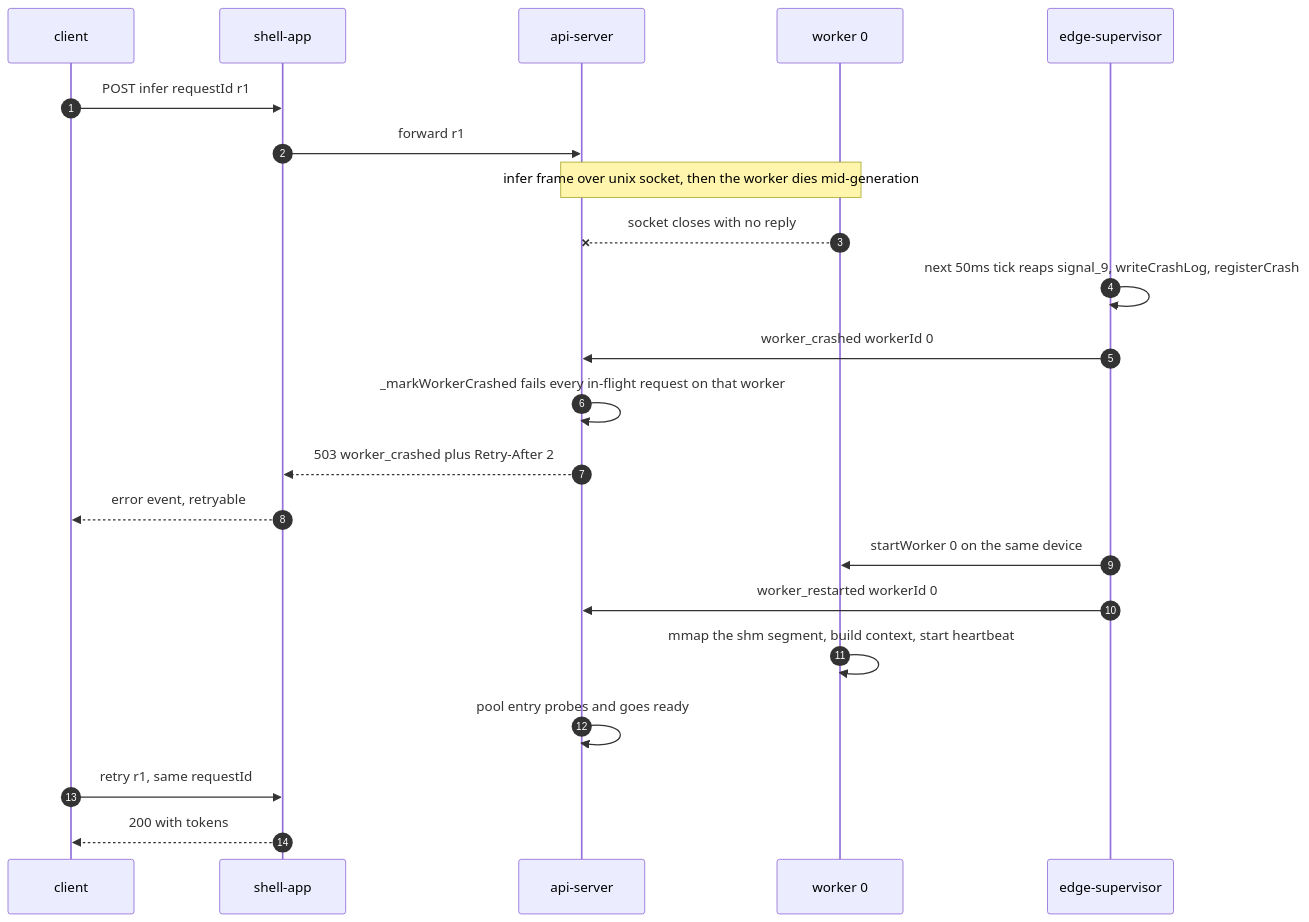
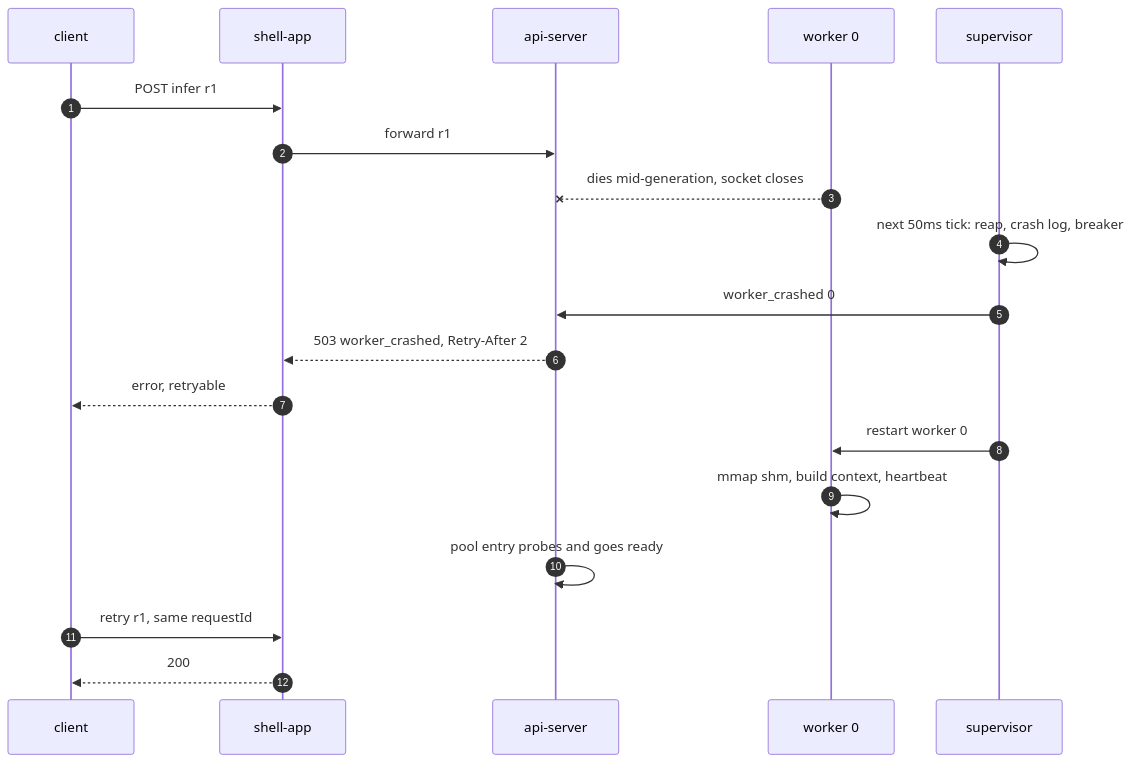
Before and after one commit to prawesh-12/serveInfer: the ninth of 9 diagrams in README.md, drawn with Mermaid. The commit also changed other lines of this file and 11 other files, not shown here.

Commit message:
docs: add architecture and sequence diagrams to the README

````diff
--- a/README.md
+++ b/README.md
@@ -415,24 +471,21 @@
 ```mermaid
 sequenceDiagram
   autonumber
   participant C as client
   participant SH as shell-app
   participant API as api-server
   participant W as worker 0
-  participant S as edge-supervisor
-  C->>SH: POST infer requestId r1
+  participant S as supervisor
+  C->>SH: POST infer r1
   SH->>API: forward r1
-  Note over API,W: infer frame over unix socket, then the worker dies mid-generation
-  W--xAPI: socket closes with no reply
-  S->>S: next 50ms tick reaps signal_9, writeCrashLog, registerCrash
-  S->>API: worker_crashed workerId 0
-  API->>API: _markWorkerCrashed fails every in-flight request on that worker
-  API-->>SH: 503 worker_crashed plus Retry-After 2
-  SH-->>C: error event, retryable
-  S->>W: startWorker 0 on the same device
-  S->>API: worker_restarted workerId 0
-  W->>W: mmap the shm segment, build context, start heartbeat
+  W--xAPI: dies mid-generation, socket closes
+  S->>S: next 50ms tick: reap, crash log, breaker
+  S->>API: worker_crashed 0
+  API-->>SH: 503 worker_crashed, Retry-After 2
+  SH-->>C: error, retryable
+  S->>W: restart worker 0
+  W->>W: mmap shm, build context, heartbeat
   API->>API: pool entry probes and goes ready
   C->>SH: retry r1, same requestId
-  SH-->>C: 200 with tokens
+  SH-->>C: 200
 ```
````
